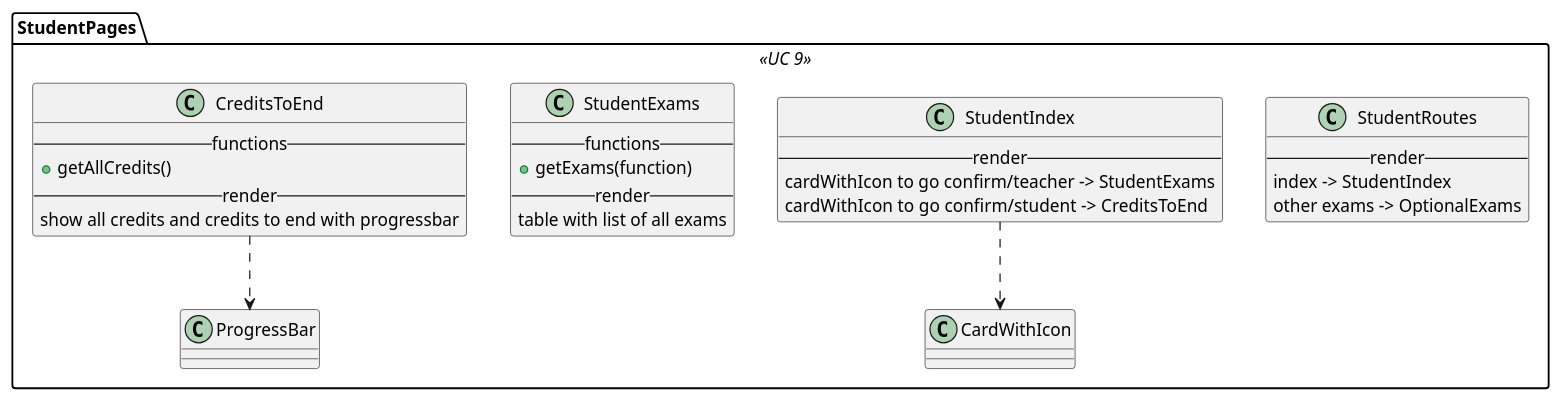
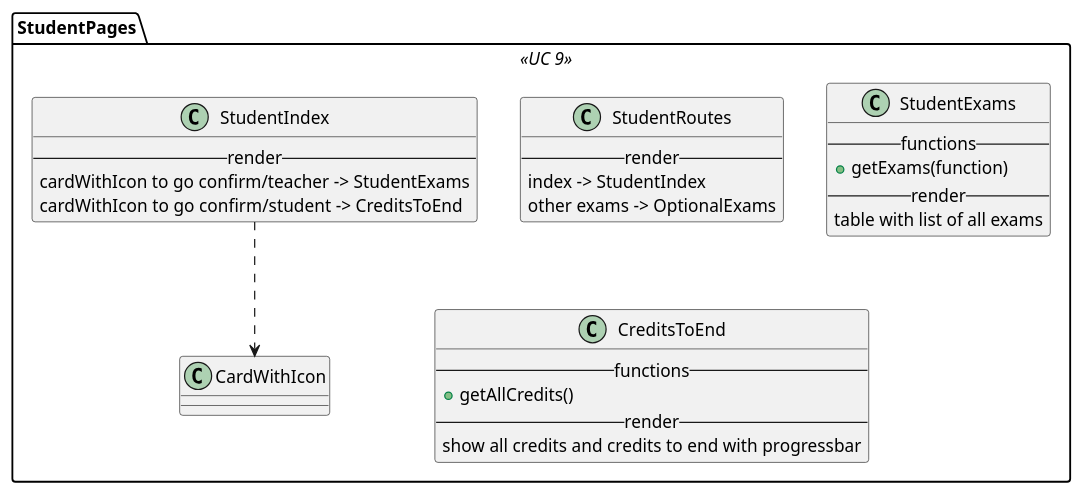
One commit to M9k/Marvin-Uml changed the diagram in react/student/index.iuml. Above: the diagram before and after it, drawn with PlantUML. The commit also changed 6 other files, not shown here.

```diff
--- a/react/student/index.iuml
+++ b/react/student/index.iuml
@@ -1,29 +1,28 @@
 package StudentPages <<UC 9>> {
 
 class StudentRoutes{
 --render--
  index -> StudentIndex
  other exams -> OptionalExams
 }
 
 class StudentIndex{
 --render--
     cardWithIcon to go confirm/teacher -> StudentExams
     cardWithIcon to go confirm/student -> CreditsToEnd
 }
 StudentIndex ..> CardWithIcon
 
 class StudentExams{
 --functions--
     + getExams(function)
 --render--
     table with list of all exams
 }
 
 class CreditsToEnd{
 --functions--
  +getAllCredits()
 --render--
 show all credits and credits to end with progressbar
 }
-CreditsToEnd ..> ProgressBar
```
